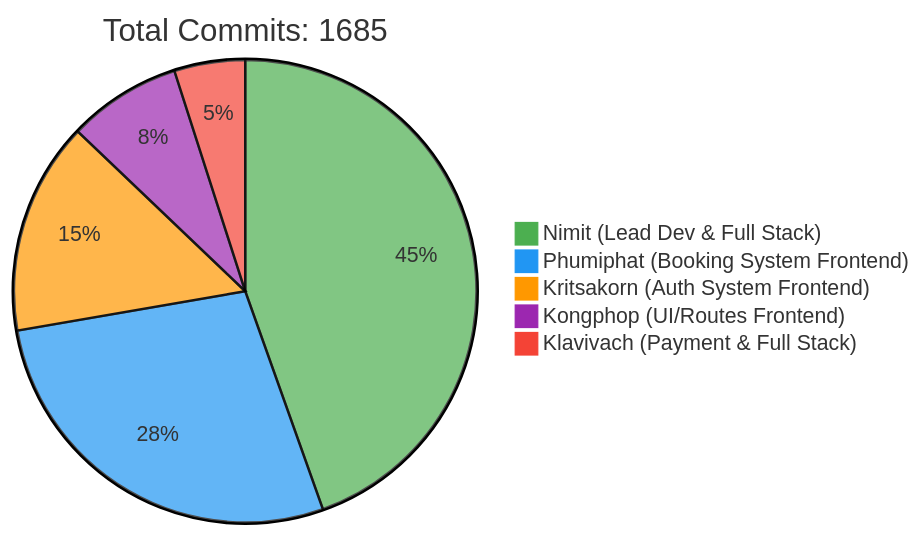
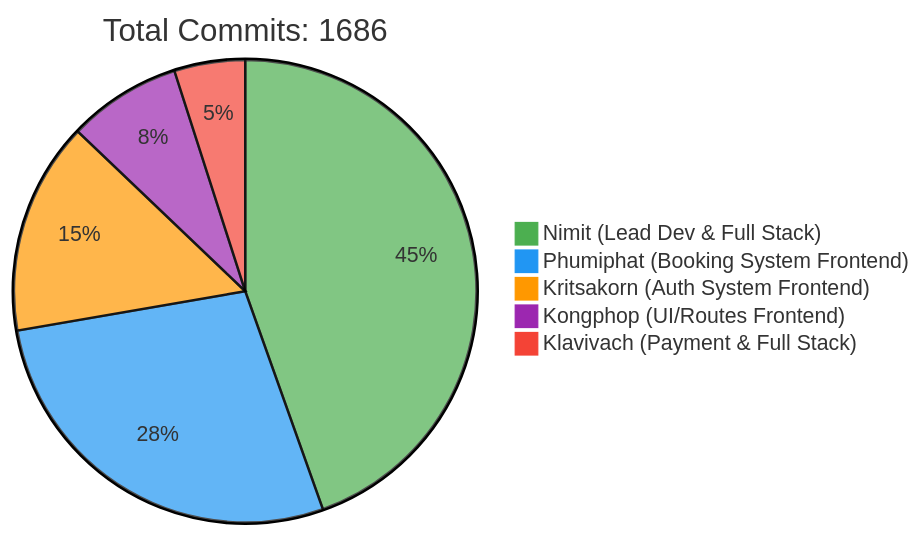
The first of 2 diagrams in README.md (6531503042/Sport-Complex), drawn with Mermaid before and after one commit. The commit also changed other lines of this file, not shown here.

Commit message:
docs: Update contributor statistics [skip ci]

````diff
--- a/README.md
+++ b/README.md
@@ -257,10 +257,10 @@
 ```mermaid
 %%{init: {'theme': 'base', 'themeVariables': { 'pie1': '#4CAF50', 'pie2': '#2196F3', 'pie3': '#FF9800', 'pie4': '#9C27B0', 'pie5': '#F44336'}}}%%
 pie
-    title Total Commits: 1685
+    title Total Commits: 1686
     "Nimit (Lead Dev & Full Stack)" : 450
     "Phumiphat (Booking System Frontend)" : 280
     "Kritsakorn (Auth System Frontend)" : 150
     "Kongphop (UI/Routes Frontend)" : 80
     "Klavivach (Payment & Full Stack)" : 50
 ```
````
